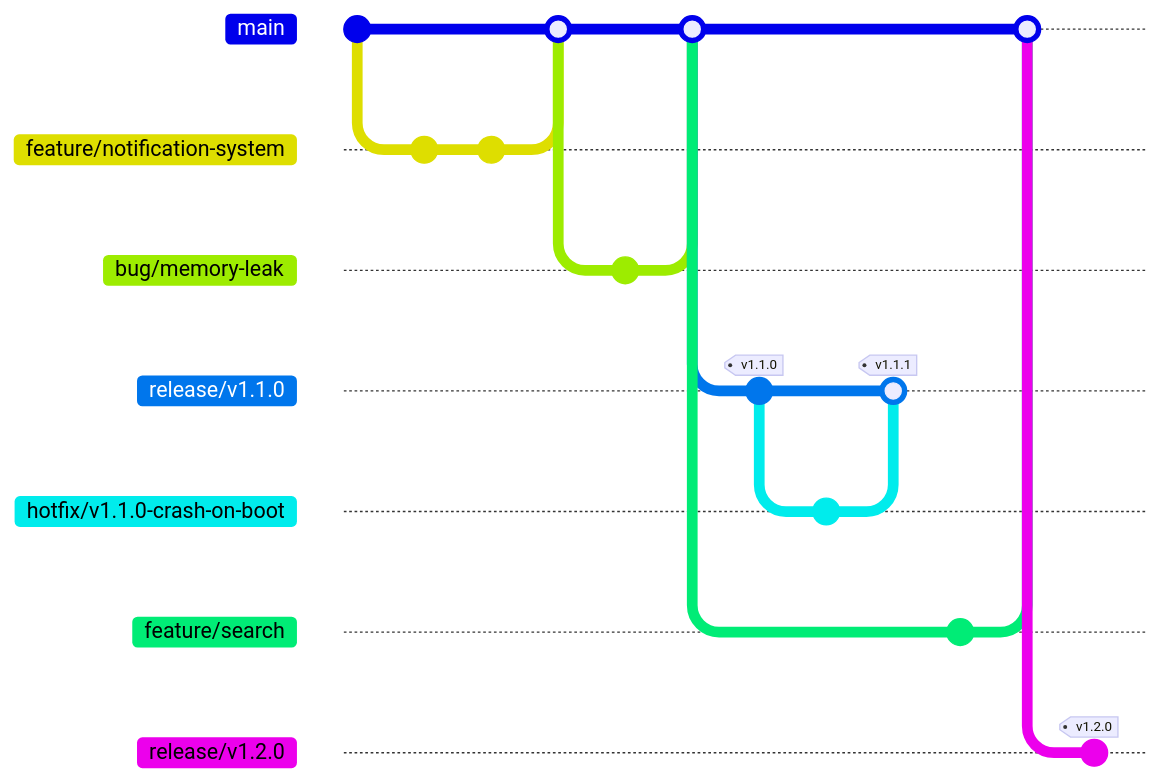
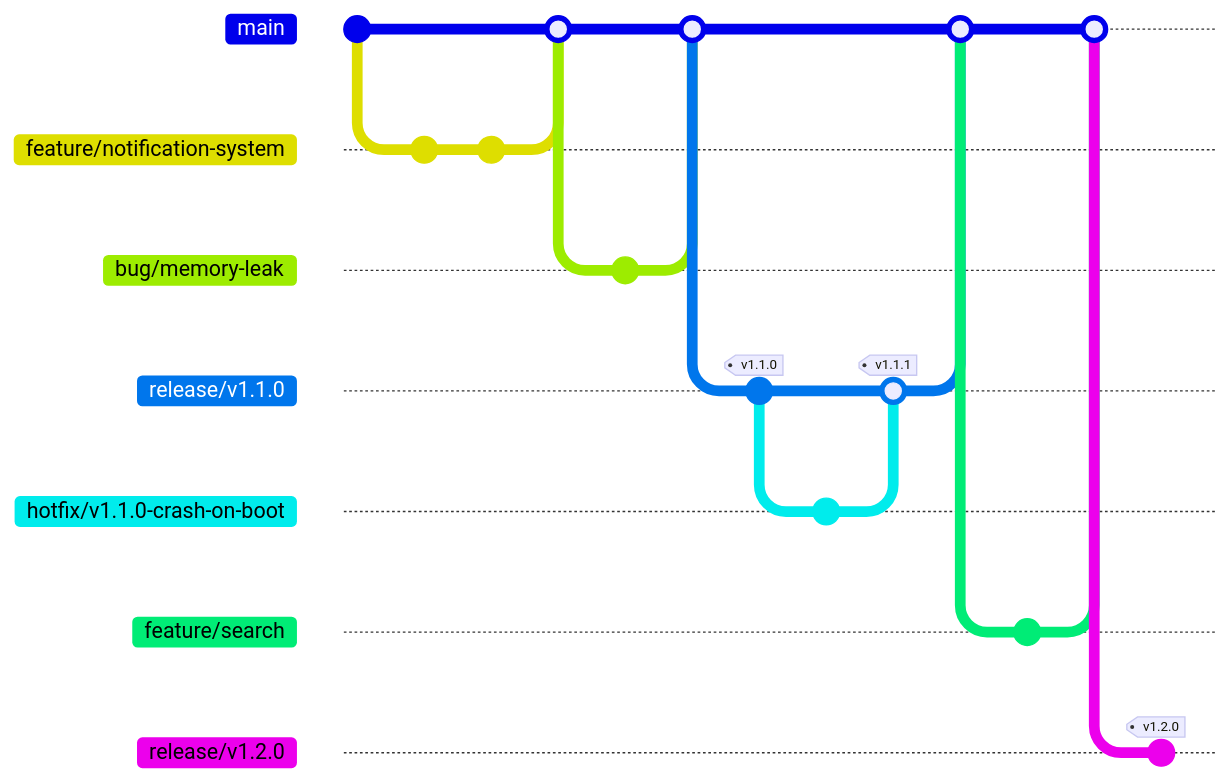
One commit to andrew54068/git-regulation changed the diagram in docs/hit-branch-strategy-and-github-manual.md. Above: the diagram before and after it, drawn with Mermaid. The commit also changed other lines of this file and 1 other file, not shown here. Commit ids are hidden.

First line of the commit message:
[refactor] Propagate hotfix by merging release back into main, drop cherry-pick

````diff
--- a/docs/hit-branch-strategy-and-github-manual.md
+++ b/docs/hit-branch-strategy-and-github-manual.md
@@ -38,27 +38,28 @@
 ```mermaid
 %%{init: {'gitGraph': {'showCommitLabel': false, 'mainBranchName': 'main'}} }%%
 gitGraph
     commit
     branch "feature/notification-system"
     commit
     commit
     checkout main
     merge "feature/notification-system"
     branch "bug/memory-leak"
     commit
     checkout main
     merge "bug/memory-leak"
     branch "release/v1.1.0"
     commit tag: "v1.1.0"
     branch "hotfix/v1.1.0-crash-on-boot"
     commit
     checkout "release/v1.1.0"
     merge "hotfix/v1.1.0-crash-on-boot" tag: "v1.1.1"
     checkout main
+    merge "release/v1.1.0"
     branch "feature/search"
     commit
     checkout main
     merge "feature/search"
     branch "release/v1.2.0"
     commit tag: "v1.2.0"
 ```
````
